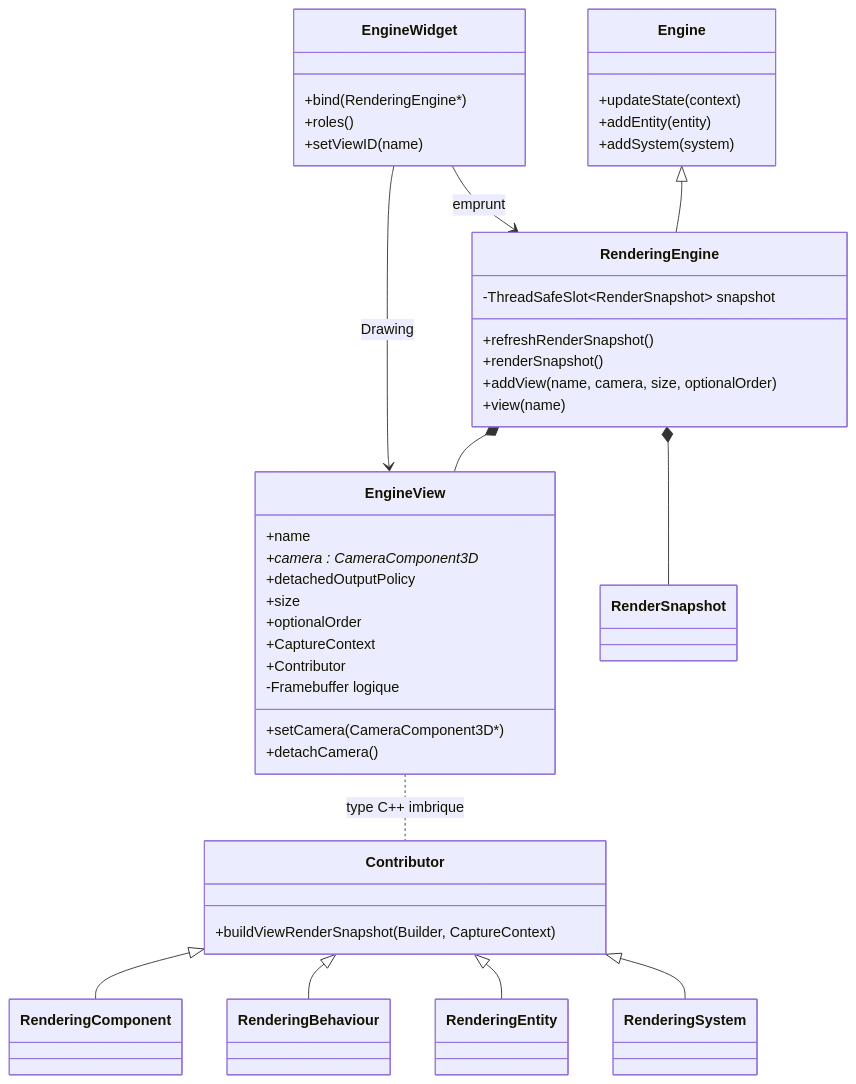
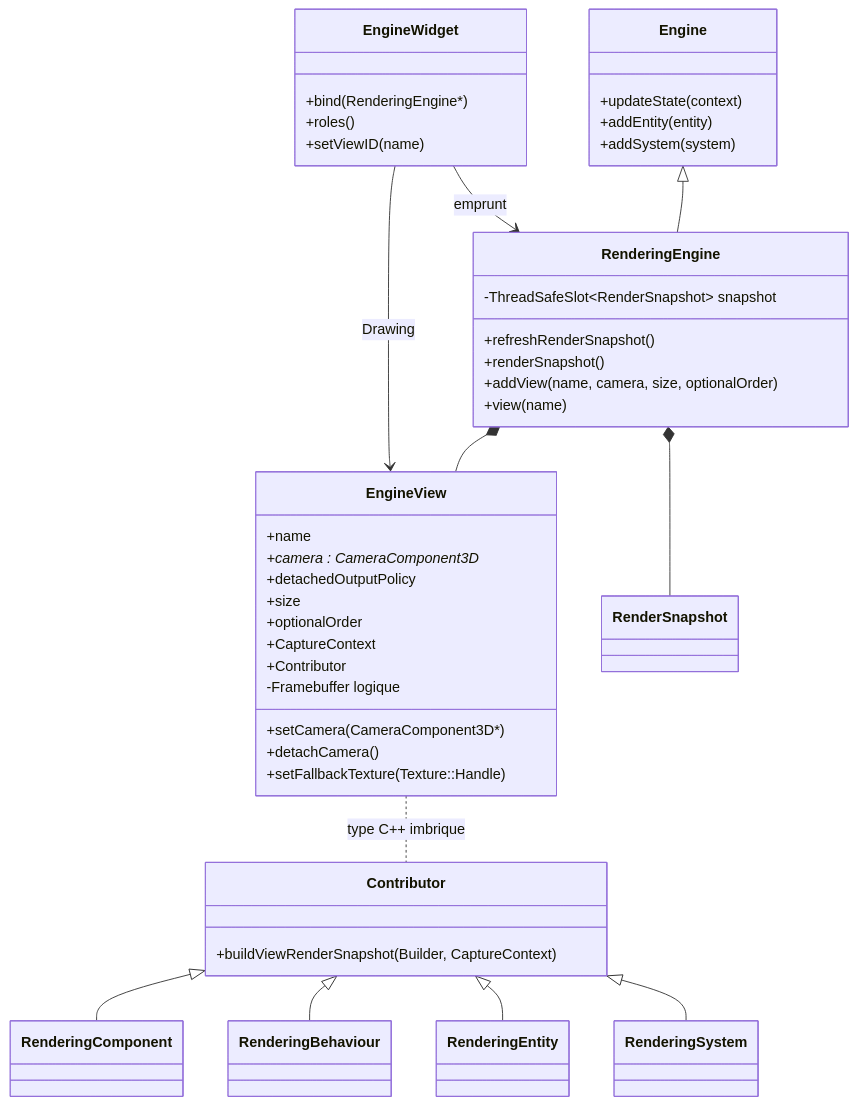
One commit to EreliaStudio/Sparkle changed the sixth of 10 diagrams in docs/voxel-engine-v0.1.4-specification.md. Above: the diagram before and after it, drawn with Mermaid. The commit also changed other lines of this file, not shown here.

Commit message:
docs(v0.1.4): define three detached view texture policies and invalid-texture exceptions

````diff
--- a/docs/voxel-engine-v0.1.4-specification.md
+++ b/docs/voxel-engine-v0.1.4-specification.md
@@ -588,49 +588,50 @@
 ```mermaid
 classDiagram
   class Engine {
     +updateState(context)
     +addEntity(entity)
     +addSystem(system)
   }
   class RenderingEngine {
     +refreshRenderSnapshot()
     +renderSnapshot()
     +addView(name, camera, size, optionalOrder)
     +view(name)
     -ThreadSafeSlot~RenderSnapshot~ snapshot
   }
   class EngineView {
     +name
     +camera : CameraComponent3D*
     +setCamera(CameraComponent3D*)
     +detachCamera()
     +detachedOutputPolicy
+    +setFallbackTexture(Texture::Handle)
     +size
     +optionalOrder
     +CaptureContext
     +Contributor
     -Framebuffer logique
   }
   class Contributor {
     +buildViewRenderSnapshot(Builder, CaptureContext)
   }
   class RenderingComponent
   class RenderingBehaviour
   class RenderingEntity
   class RenderingSystem
   class EngineWidget {
     +bind(RenderingEngine*)
     +roles()
     +setViewID(name)
   }
   Engine <|-- RenderingEngine
   RenderingEngine *-- EngineView
   RenderingEngine *-- RenderSnapshot
   EngineView .. Contributor : type C++ imbrique
   Contributor <|-- RenderingComponent
   Contributor <|-- RenderingBehaviour
   Contributor <|-- RenderingEntity
   Contributor <|-- RenderingSystem
   EngineWidget --> RenderingEngine : emprunt
   EngineWidget --> EngineView : Drawing
 ```
````
